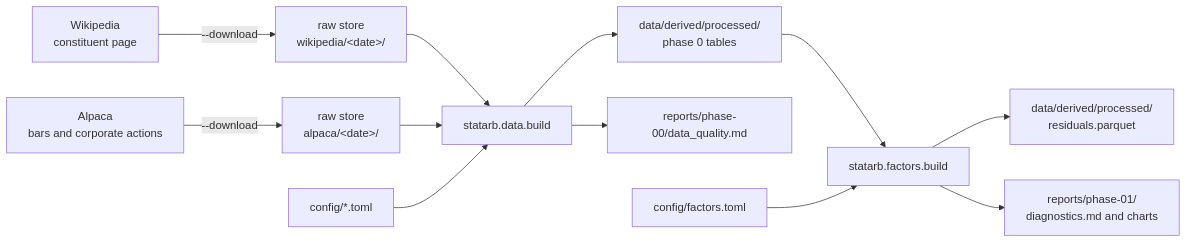
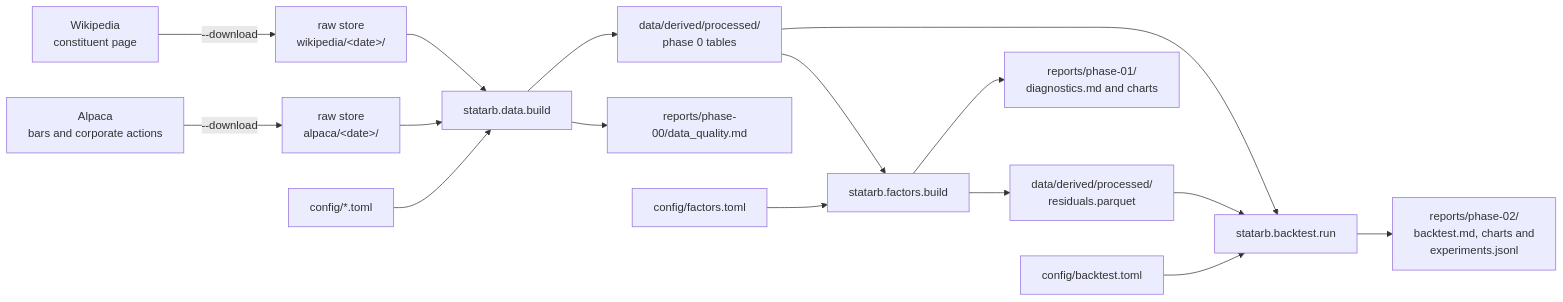
Before and after one commit to tcrossland/stat-arb-from-scratch: the diagram in docs/architecture.md, drawn with Mermaid. The commit also changed other lines of this file and 20 other files, not shown here.

````diff
--- a/docs/architecture.md
+++ b/docs/architecture.md
@@ -7,14 +7,18 @@
 ```mermaid
 flowchart LR
     W["Wikipedia<br/>constituent page"] -->|--download| RW["raw store<br/>wikipedia/&lt;date&gt;/"]
     A["Alpaca<br/>bars and corporate actions"] -->|--download| RA["raw store<br/>alpaca/&lt;date&gt;/"]
     RW --> B["statarb.data.build"]
     RA --> B
     C["config/*.toml"] --> B
     B --> P["data/derived/processed/<br/>phase 0 tables"]
     B --> Q["reports/phase-00/data_quality.md"]
     P --> F["statarb.factors.build"]
     CF["config/factors.toml"] --> F
     F --> RS["data/derived/processed/<br/>residuals.parquet"]
     F --> FR["reports/phase-01/<br/>diagnostics.md and charts"]
+    P --> BT["statarb.backtest.run"]
+    RS --> BT
+    CB["config/backtest.toml"] --> BT
+    BT --> BR["reports/phase-02/<br/>backtest.md, charts and<br/>experiments.jsonl"]
 ```
````
